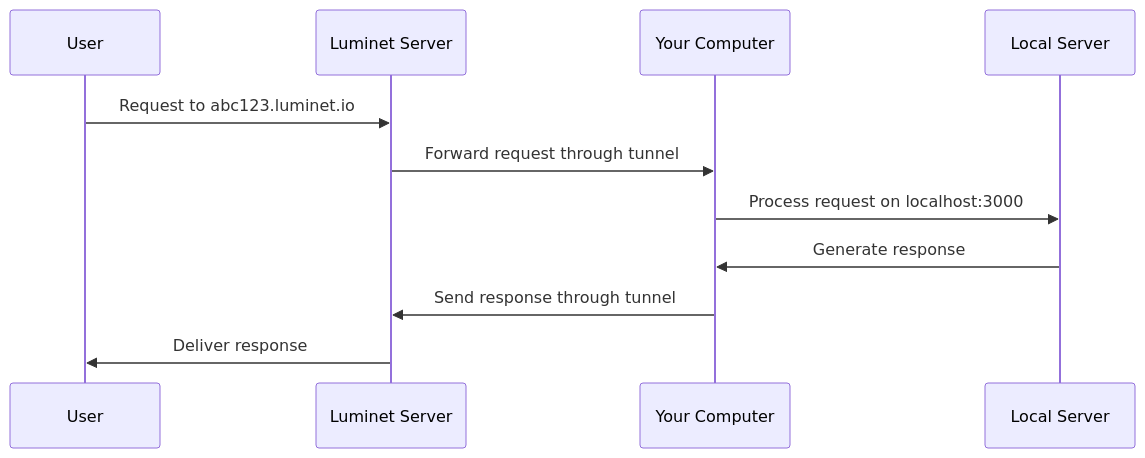
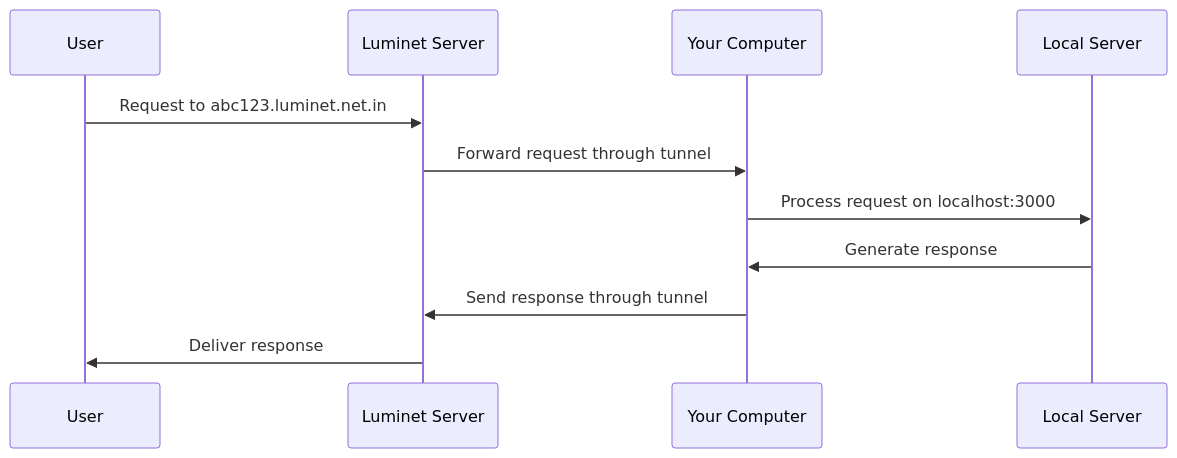
One commit to UseStateShivam/Luminet changed the diagram in README.md. Above: the diagram before and after it, drawn with Mermaid. The commit also changed other lines of this file, not shown here.

````diff
--- a/README.md
+++ b/README.md
@@ -87,9 +87,9 @@
 ```mermaid
 sequenceDiagram
-    User->>Luminet Server: Request to abc123.luminet.io
+    User->>Luminet Server: Request to abc123.luminet.net.in
     Luminet Server->>Your Computer: Forward request through tunnel
     Your Computer->>Local Server: Process request on localhost:3000
     Local Server->>Your Computer: Generate response
     Your Computer->>Luminet Server: Send response through tunnel
     Luminet Server->>User: Deliver response
 ```
````
